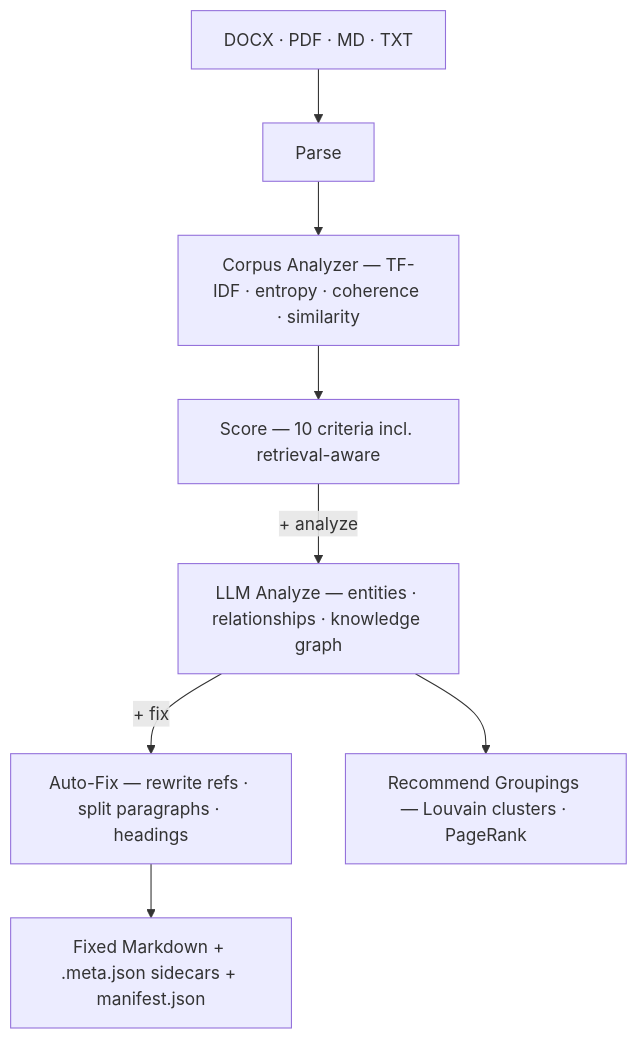
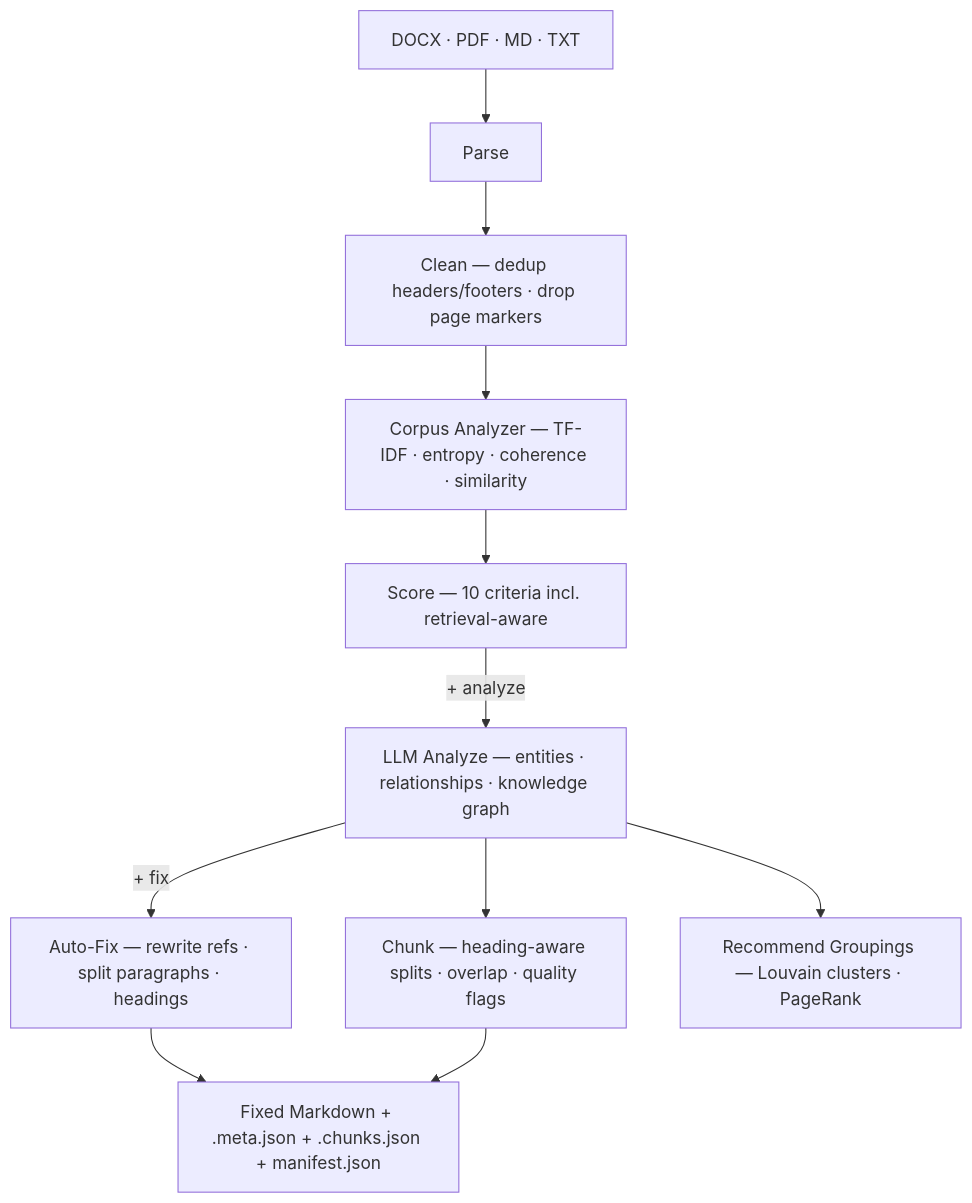
One commit to Agentic-Studio-Labs/kb-prep changed the diagram in README.md. Above: the diagram before and after it, drawn with Mermaid. The commit also changed other lines of this file and 18 other files, not shown here.

````diff
--- a/README.md
+++ b/README.md
@@ -19,17 +22,21 @@
 ```mermaid
 flowchart TD
     Input[DOCX · PDF · MD · TXT]
     Parse[Parse]
+    Clean[Clean — dedup headers/footers · drop page markers]
     CA[Corpus Analyzer — TF-IDF · entropy · coherence · similarity]
     Score[Score — 10 criteria incl. retrieval-aware]
     Analyze[LLM Analyze — entities · relationships · knowledge graph]
+    Chunk[Chunk — heading-aware splits · overlap · quality flags]
     Fix[Auto-Fix — rewrite refs · split paragraphs · headings]
     Recommend[Recommend Groupings — Louvain clusters · PageRank]
-    Output[Fixed Markdown + .meta.json sidecars + manifest.json]
+    Output[Fixed Markdown + .meta.json + .chunks.json + manifest.json]
 
-    Input --> Parse --> CA --> Score
+    Input --> Parse --> Clean --> CA --> Score
     Score -->|+ analyze| Analyze
+    Analyze --> Chunk
     Analyze --> Recommend
     Analyze -->|+ fix| Fix
     Fix --> Output
+    Chunk --> Output
 ```
````
